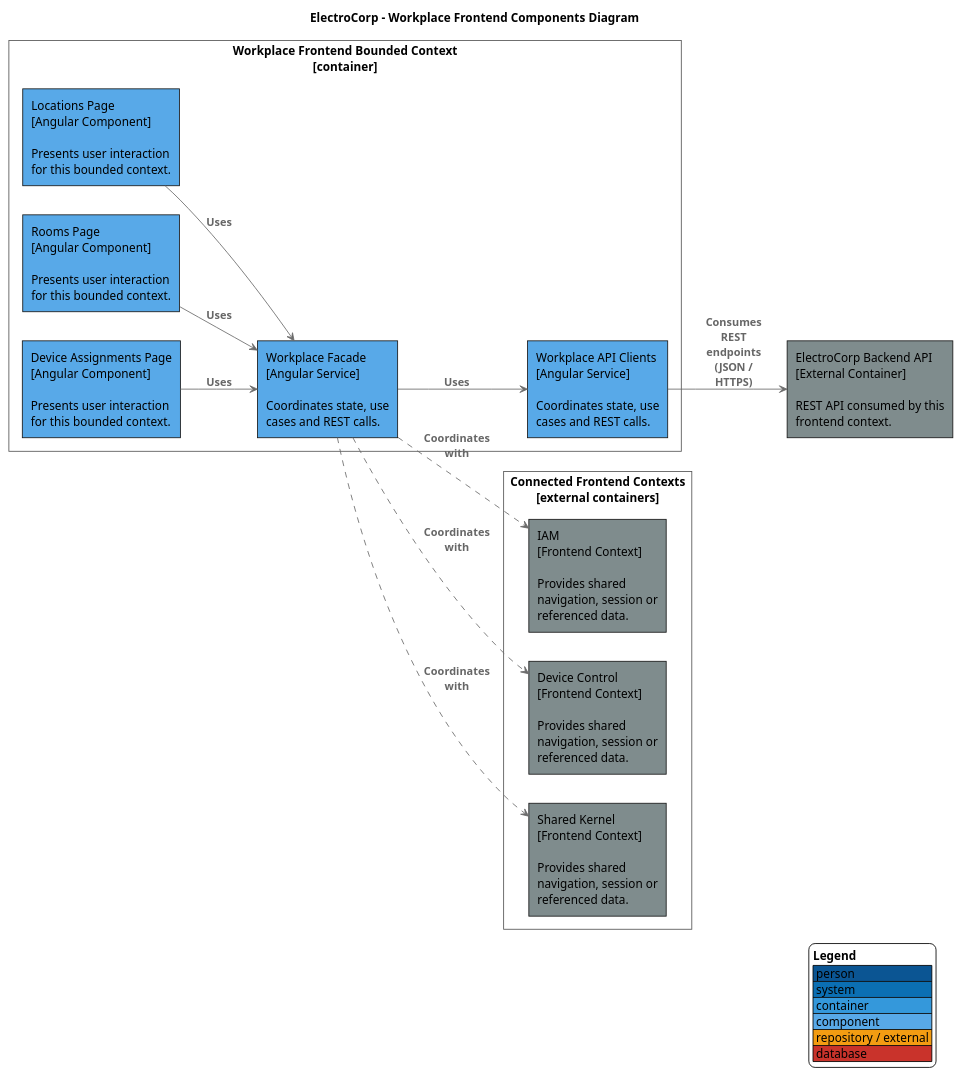
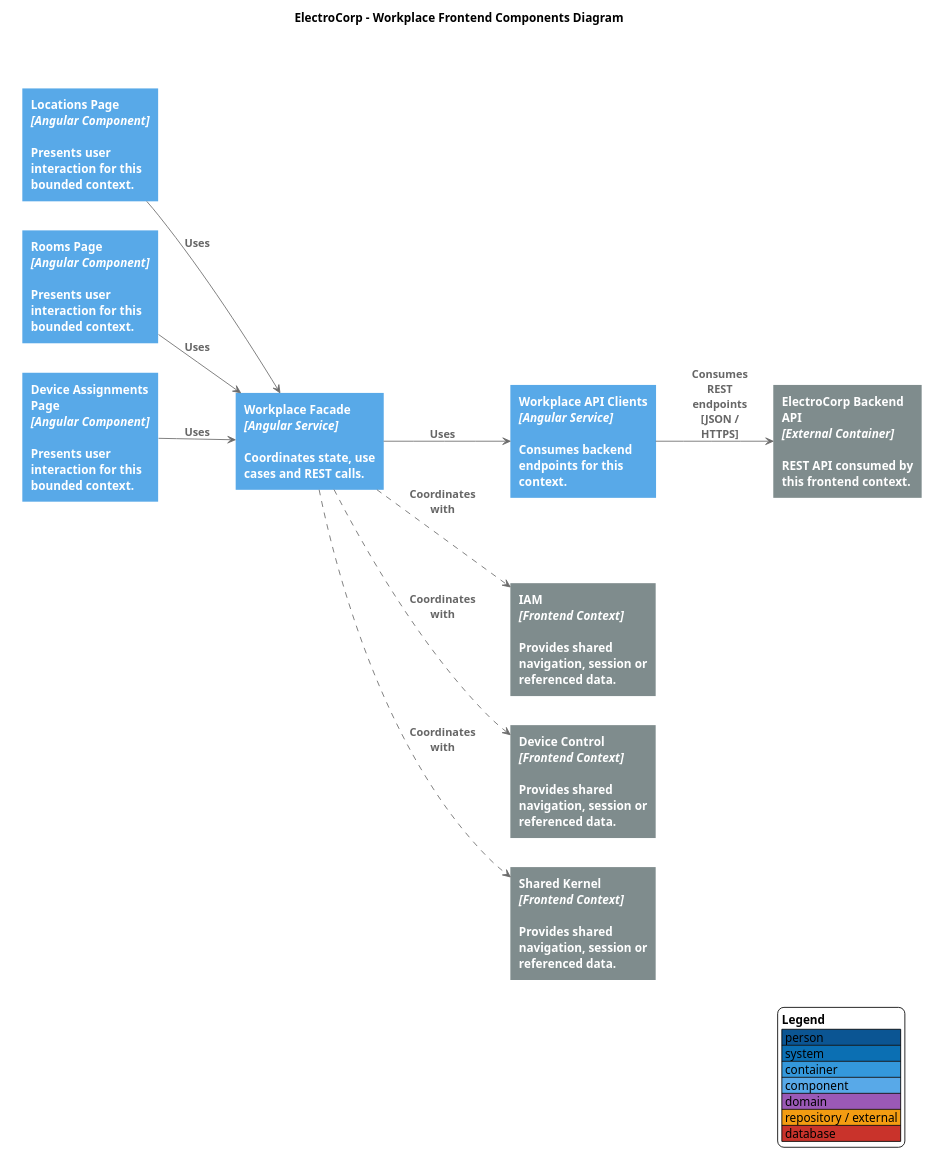
The diagram in docs/diagrams/components/frontend/bounded-contexts/workplace-frontend-components.puml (upc-pre-202610-1asi0729-11896-ecorp/electrocorp-report), drawn with PlantUML before and after one commit. The commit also changed 22 other files, not shown here.

Commit message:
style(docs): redesign c4 diagrams with visual ui layout

```diff
--- a/docs/diagrams/components/frontend/bounded-contexts/workplace-frontend-components.puml
+++ b/docs/diagrams/components/frontend/bounded-contexts/workplace-frontend-components.puml
@@ -1,55 +1,57 @@
 @startuml
 skinparam backgroundColor #FFFFFF
 skinparam shadowing false
 skinparam defaultFontName Arial
-skinparam wrapWidth 180
+skinparam wrapWidth 170
 skinparam maxMessageSize 90
 skinparam ArrowColor #6B6B6B
 skinparam ArrowFontColor #666666
 skinparam ArrowFontStyle bold
 skinparam rectangleRoundCorner 0
-skinparam rectangleBorderThickness 1
+skinparam rectangleBorderThickness 0
+skinparam rectangleFontColor #FFFFFF
+skinparam rectangleFontStyle bold
 skinparam packageStyle rectangle
 skinparam packageBorderColor #555555
 skinparam packageBackgroundColor transparent
 skinparam packageFontColor #444444
 skinparam packageFontStyle bold
 skinparam databaseBackgroundColor #C9332B
 skinparam databaseBorderColor #C9332B
 skinparam databaseFontColor #FFFFFF
 hide stereotype
 title ElectroCorp - Workplace Frontend Components Diagram
 left to right direction
 
-
 package "Workplace Frontend Bounded Context\n[container]" {
-  rectangle "Locations Page\n[Angular Component]\n\nPresents user interaction for this bounded context." as F0 #58A9E8
-  rectangle "Rooms Page\n[Angular Component]\n\nPresents user interaction for this bounded context." as F1 #58A9E8
-  rectangle "Device Assignments Page\n[Angular Component]\n\nPresents user interaction for this bounded context." as F2 #58A9E8
-  rectangle "Workplace Facade\n[Angular Service]\n\nCoordinates state, use cases and REST calls." as F3 #58A9E8
-  rectangle "Workplace API Clients\n[Angular Service]\n\nCoordinates state, use cases and REST calls." as F4 #58A9E8
+  rectangle "<b>Locations Page</b>\n<i>[Angular Component]</i>\n\nPresents user interaction for this bounded context." as P0 #58A9E8
+  rectangle "<b>Rooms Page</b>\n<i>[Angular Component]</i>\n\nPresents user interaction for this bounded context." as P1 #58A9E8
+  rectangle "<b>Device Assignments Page</b>\n<i>[Angular Component]</i>\n\nPresents user interaction for this bounded context." as P2 #58A9E8
+  rectangle "<b>Workplace Facade</b>\n<i>[Angular Service]</i>\n\nCoordinates state, use cases and REST calls." as Facade #58A9E8
+  rectangle "<b>Workplace API Clients</b>\n<i>[Angular Service]</i>\n\nConsumes backend endpoints for this context." as Client #58A9E8
 }
-rectangle "ElectroCorp Backend API\n[External Container]\n\nREST API consumed by this frontend context." as Backend #7F8C8D
+rectangle "<b>ElectroCorp Backend API</b>\n<i>[External Container]</i>\n\nREST API consumed by this frontend context." as Backend #7F8C8D
 package "Connected Frontend Contexts\n[external containers]" {
-  rectangle "IAM\n[Frontend Context]\n\nProvides shared navigation, session or referenced data." as Dep0 #7F8C8D
-  rectangle "Device Control\n[Frontend Context]\n\nProvides shared navigation, session or referenced data." as Dep1 #7F8C8D
-  rectangle "Shared Kernel\n[Frontend Context]\n\nProvides shared navigation, session or referenced data." as Dep2 #7F8C8D
+  rectangle "<b>IAM</b>\n<i>[Frontend Context]</i>\n\nProvides shared navigation, session or referenced data." as Dep0 #7F8C8D
+  rectangle "<b>Device Control</b>\n<i>[Frontend Context]</i>\n\nProvides shared navigation, session or referenced data." as Dep1 #7F8C8D
+  rectangle "<b>Shared Kernel</b>\n<i>[Frontend Context]</i>\n\nProvides shared navigation, session or referenced data." as Dep2 #7F8C8D
 }
-F0 --> F3 : Uses
-F1 --> F3 : Uses
-F2 --> F3 : Uses
-F3 --> F4 : Uses
-F4 --> Backend : Consumes REST endpoints (JSON / HTTPS)
-F3 ..> Dep0 : Coordinates with
-F3 ..> Dep1 : Coordinates with
-F3 ..> Dep2 : Coordinates with
+P0 --> Facade : Uses
+P1 --> Facade : Uses
+P2 --> Facade : Uses
+Facade --> Client : Uses
+Client --> Backend : Consumes REST endpoints\n[JSON / HTTPS]
+Facade ..> Dep0 : Coordinates with
+Facade ..> Dep1 : Coordinates with
+Facade ..> Dep2 : Coordinates with
 legend right
   <b>Legend</b>
   |<#0B5593> person |
   |<#0B6FB3> system |
   |<#3498DB> container |
   |<#58A9E8> component |
+  |<#9B59B6> domain |
   |<#F39C12> repository / external |
   |<#C9332B> database |
 endlegend
 @enduml
```
